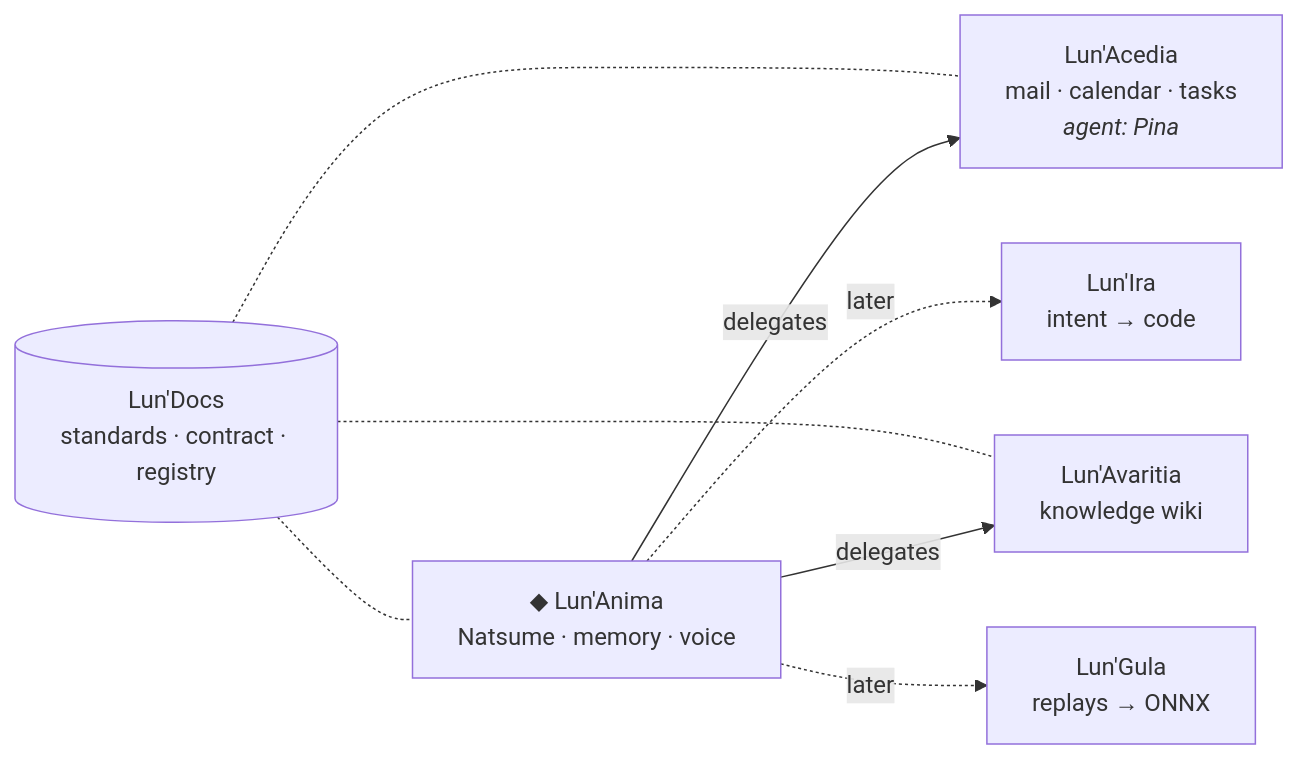
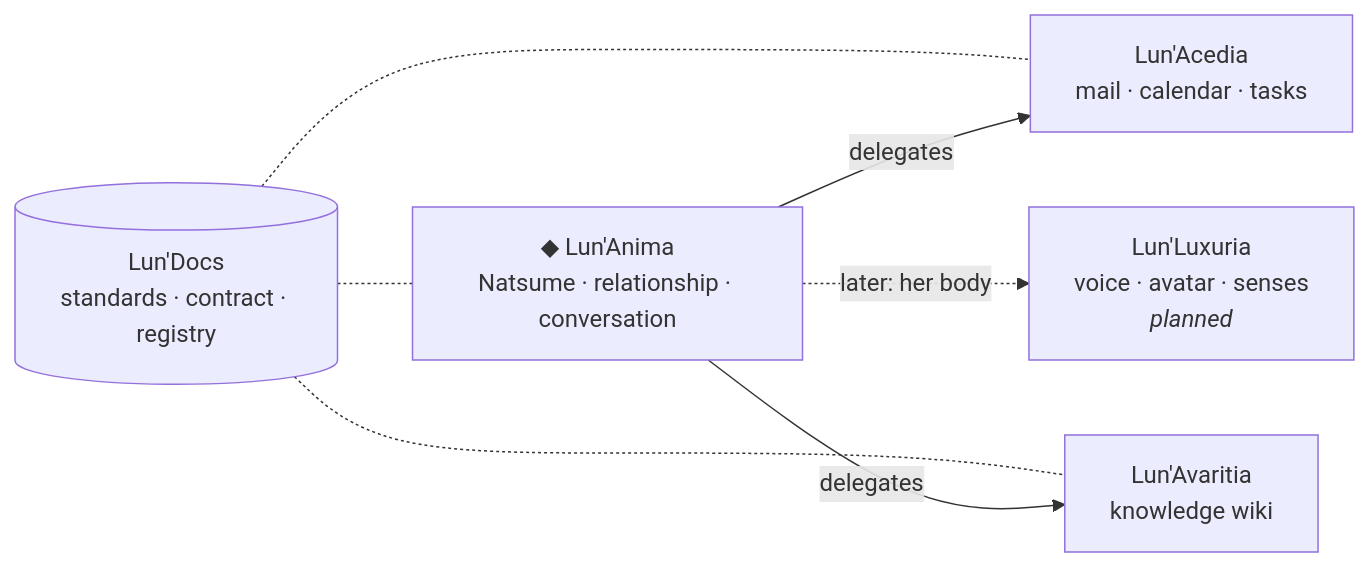
One commit to Lun-Ecosystem/.github changed the diagram in profile/README.md. Above: the diagram before and after it, drawn with Mermaid. The commit also changed other lines of this file, not shown here.

````diff
--- a/profile/README.md
+++ b/profile/README.md
@@ -28,17 +28,15 @@
 ```mermaid
 flowchart LR
-    CORE["◆ Lun'Anima<br/>Natsume · memory · voice"]
-    ACEDIA["Lun'Acedia<br/>mail · calendar · tasks<br/><i>agent: Pina</i>"]
+    CORE["◆ Lun'Anima<br/>Natsume · relationship · conversation"]
+    ACEDIA["Lun'Acedia<br/>mail · calendar · tasks"]
     AVARITIA["Lun'Avaritia<br/>knowledge wiki"]
-    IRA["Lun'Ira<br/>intent → code"]
-    GULA["Lun'Gula<br/>replays → ONNX"]
+    LUXURIA["Lun'Luxuria<br/>voice · avatar · senses<br/><i>planned</i>"]
     DOCS[("Lun'Docs<br/>standards · contract · registry")]
 
     CORE -- "delegates" --> ACEDIA
     CORE -- "delegates" --> AVARITIA
-    CORE -. "later" .-> IRA
-    CORE -. "later" .-> GULA
+    CORE -. "later: her body" .-> LUXURIA
     DOCS -.- CORE
     DOCS -.- ACEDIA
     DOCS -.- AVARITIA
 ```
````
